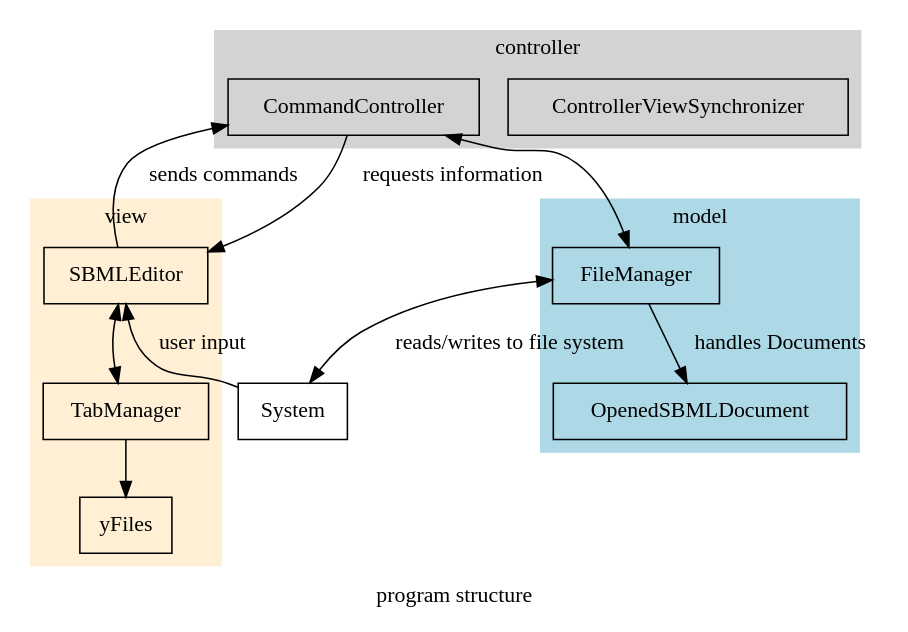
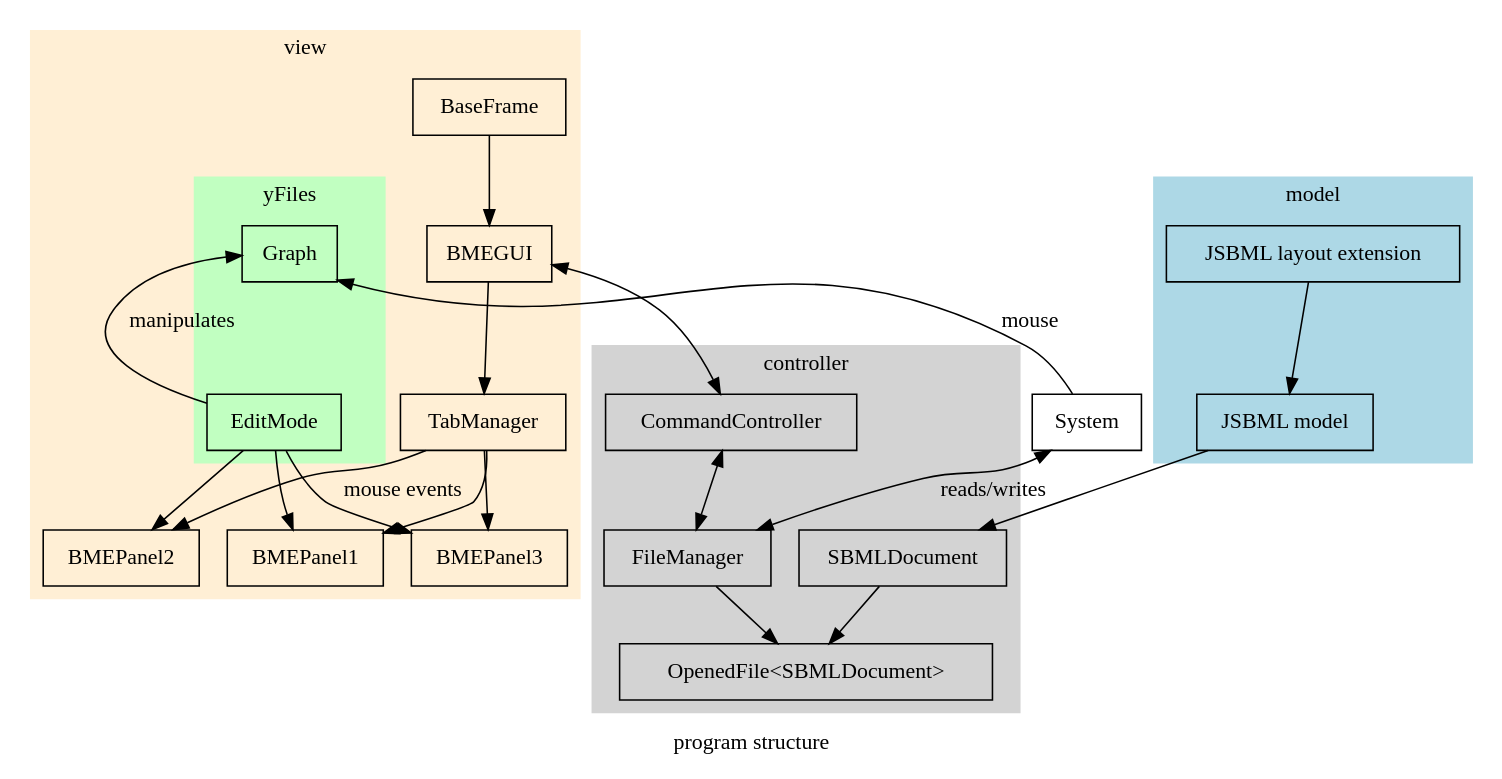
The diagram in doc/structure.dot (draeger-lab/BioModelsEd), drawn with Graphviz before and after one commit. The commit also changed 10 other files, not shown here.

```diff
--- a/doc/structure.dot
+++ b/doc/structure.dot
@@ -1,49 +1,65 @@
 digraph g {
 	node [shape = box];
 	label = "program structure";
 #view:
 	subgraph cluster_view {
-		Editor [label = "SBMLEditor"];
+		BaseFrame;
+		BMEPanel1;
+		BMEPanel2;
+		BMEPanel3;
+		BaseFrame -> BMEGUI;
+		BMEGUI -> TabM
 		TabM [label = "TabManager"];
+		TabM -> BMEPanel1;
+		TabM -> BMEPanel2;
+		TabM -> BMEPanel3;
 		label = "view";
-		Editor -> TabM [dir = "both", label = ""];
-		TabM -> Y;
 		style = filled
 		color = papayawhip;
-	}
-
+	EditMode -> BMEPanel1;
+	EditMode -> BMEPanel2;
+	EditMode -> BMEPanel3 [label= "mouse events"];
+	
+subgraph cluster_yFiles {
+		Y [label = "Graph"];
+		Y -> EditMode [dir="back", label = "manipulates"];
+		label = "yFiles";
+		style = filled;
+		color = darkseagreen1;
+}
+}
 #controller
 	subgraph cluster_cc {
-		CVS [label = "ControllerViewSynchronizer"];
 		CC [label = "CommandController"];
+		FM [label = "FileManager"];
+		FM -> OSD;
+		SD [label = "SBMLDocument"]; 	
 		label = "controller";
 		style = filled;
 		color = lightgrey;
 	}
 	
 
 #model
 	subgraph cluster_model {
-	FM [label = "FileManager"];
 		label = "model";
-		FM -> OSD [label = "handles Documents"];
 		style = filled;
 		color = lightblue;
-	}	OSD [label = "OpenedSBMLDocument"];
+		OSD [label = "OpenedFile<SBMLDocument>"];
+		Model [label = "JSBML model"];
+		Layout [label = "JSBML layout extension"];
+		Layout -> Model -> SD -> OSD;
+	}
+	
+#yFiles 
+#system
+	
 	
 
-#system
-	Y [label = "yFiles"];
-	System;
-
 #dependencies
-	System -> Editor [label = "user input"];
-
-	Editor -> CC [label = "sends commands"];
-
-	CC -> Editor [label = "requests information"];
-
-	CC -> FM [dir = "both", label = ""];
-
-	FM -> System [dir = "both", label = "reads/writes to file system"];
+	System -> Y [label = "mouse"];
+	BMEGUI -> CC [dir = "both"];
+	CC -> FM [dir = "both"];	
+	FM -> System [dir = "both", label = "reads/writes"];
+	{rank="max"; System;}
 }
```
